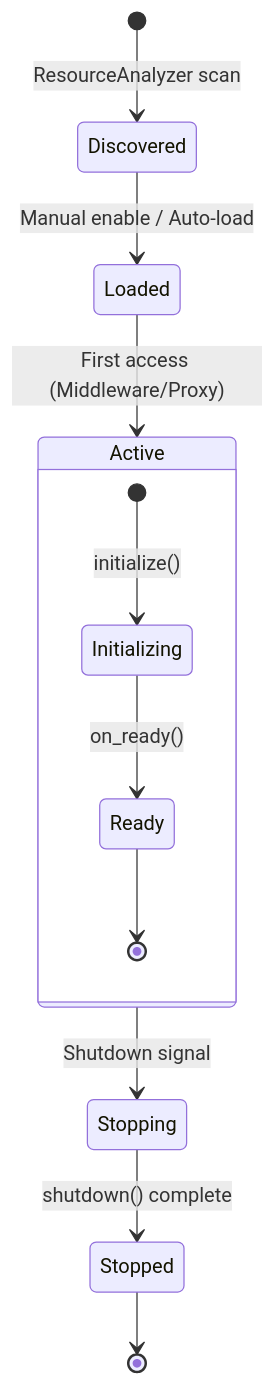
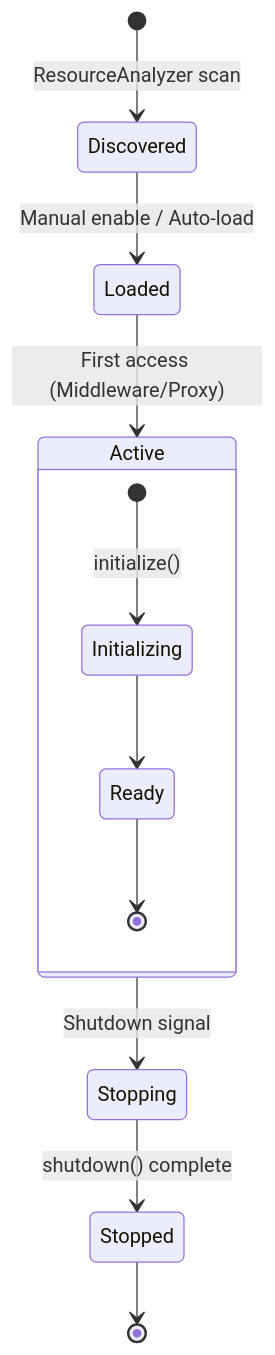
One commit to baselithcore/plugin-baselithbot changed the second of 2 diagrams in mkdocs-site/docs/plugins/architecture.md. Above: the diagram before and after it, drawn with Mermaid. The commit also changed other lines of this file and 68 other files, not shown here.

````diff
--- a/mkdocs-site/docs/plugins/architecture.md
+++ b/mkdocs-site/docs/plugins/architecture.md
@@ -163,15 +174,15 @@
 ```mermaid
 stateDiagram-v2
     [*] --> Discovered: ResourceAnalyzer scan
     Discovered --> Loaded: Manual enable / Auto-load
     Loaded --> Active: First access (Middleware/Proxy)
     Active --> Stopping: Shutdown signal
     Stopping --> Stopped: shutdown() complete
     Stopped --> [*]
 
     state Active {
         [*] --> Initializing: initialize()
-        Initializing --> Ready: on_ready()
+        Initializing --> Ready
         Ready --> [*]
     }
 ```
````
